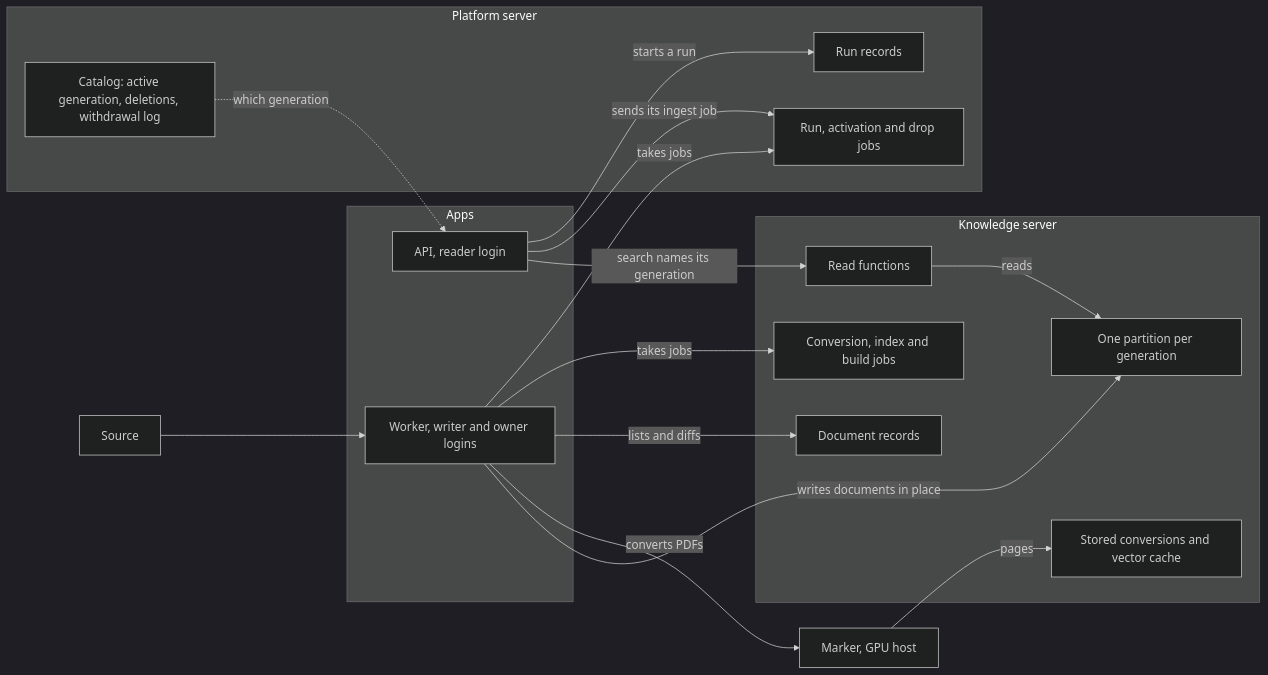
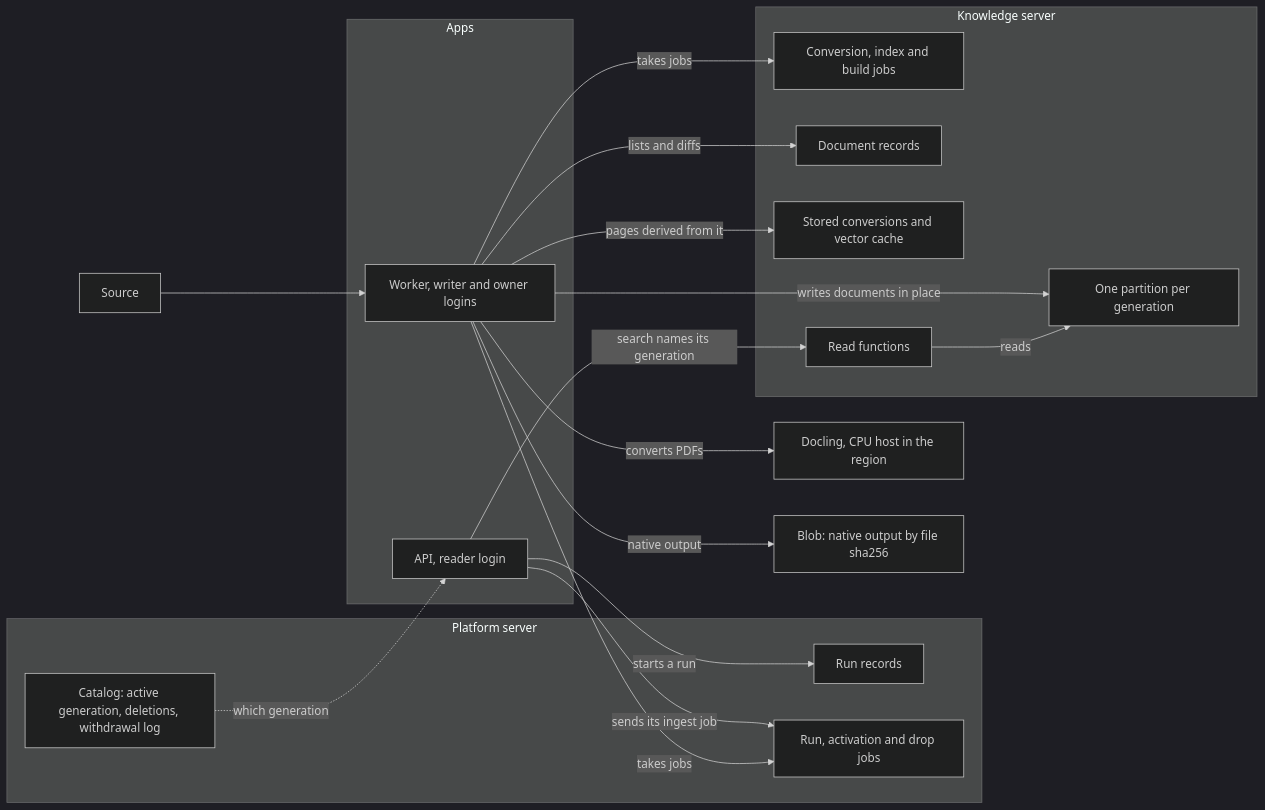
Before and after one commit to digdir/genki: the first of 2 diagrams in docs/adr/0042-the-knowledge-database.md, drawn with Mermaid (dark theme). The commit also changed other lines of this file and 96 other files, not shown here.

First line of the commit message:
Convert PDFs with Docling on a CPU host, and name the conversions a file keeps

````diff
--- a/docs/adr/0042-the-knowledge-database.md
+++ b/docs/adr/0042-the-knowledge-database.md
@@ -19,32 +19,34 @@
 ```mermaid
 flowchart LR
   source["Source"] --> worker
   subgraph apps["Apps"]
     api["API, reader login"]
     worker["Worker, writer and owner logins"]
   end
   subgraph platform["Platform server"]
     catalog["Catalog: active generation, deletions, withdrawal log"]
     runs["Run records"]
     pjobs["Run, activation and drop jobs"]
   end
   subgraph knowledge["Knowledge server"]
     kjobs["Conversion, index and build jobs"]
     records["Document records"]
     conv["Stored conversions and vector cache"]
     gens["One partition per generation"]
     fns["Read functions"]
   end
-  marker["Marker, GPU host"]
+  docling["Docling, CPU host in the region"]
+  blob["Blob: native output by file sha256"]
   api -- "starts a run" --> runs
   api -- "sends its ingest job" --> pjobs
   worker -- "takes jobs" --> pjobs
   worker -- "takes jobs" --> kjobs
   worker -- "lists and diffs" --> records
-  worker -- "converts PDFs" --> marker
-  marker -- "pages" --> conv
+  worker -- "converts PDFs" --> docling
+  worker -- "native output" --> blob
+  worker -- "pages derived from it" --> conv
   worker -- "writes documents in place" --> gens
   api -- "search names its generation" --> fns
   fns -- "reads" --> gens
   catalog -. "which generation" .-> api
 ```
````
